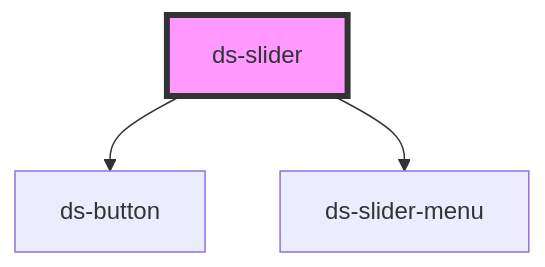
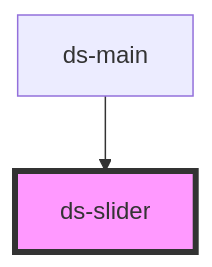
Before and after one commit to jezoock/dot-stash: the diagram in components/core/slider/readme.md, drawn with Mermaid. The commit also changed other lines of this file and 16 other files, not shown here.

````diff
--- a/components/core/slider/readme.md
+++ b/components/core/slider/readme.md
@@ -46,6 +102,5 @@
 ```mermaid
 graph TD;
-  ds-slider --> ds-button
-  ds-slider --> ds-slider-menu
+  ds-main --> ds-slider
   style ds-slider fill:#f9f,stroke:#333,stroke-width:4px
 ```
````
